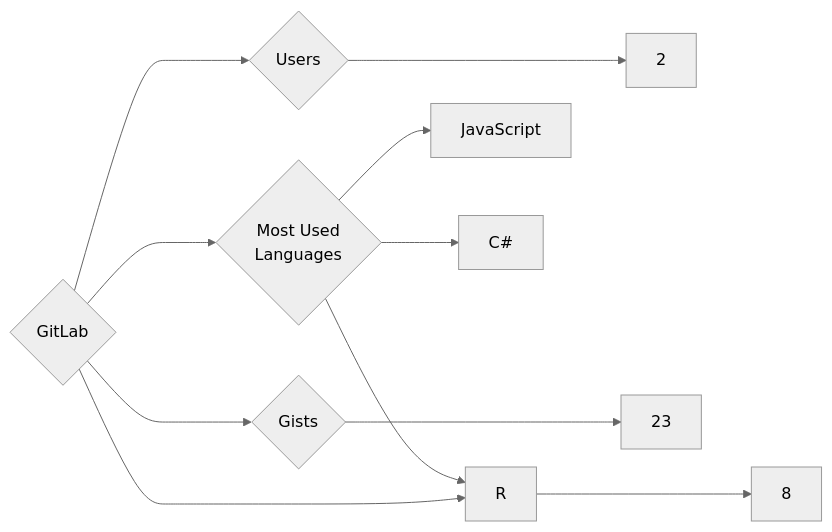
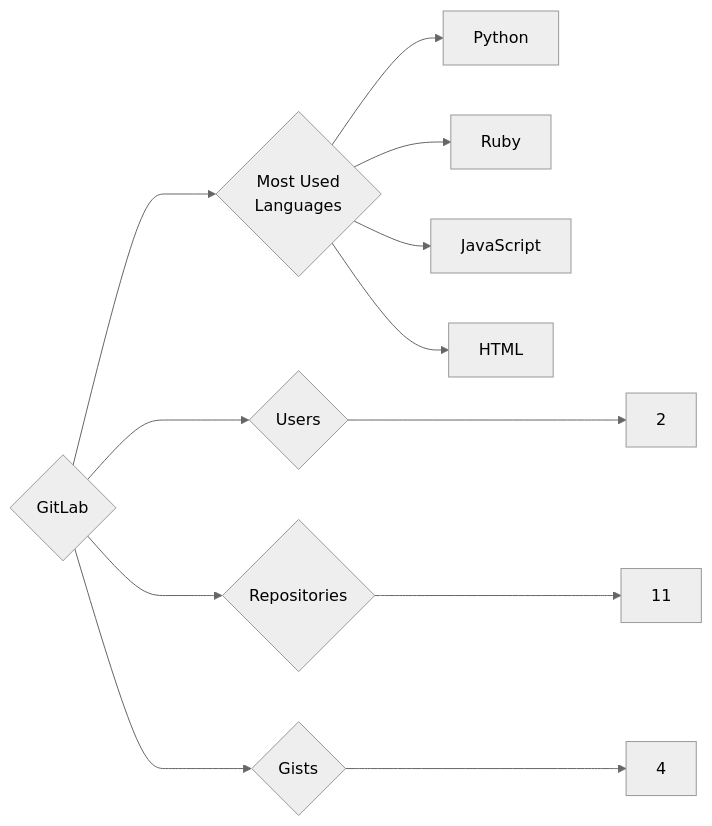
The diagram in targets/GitLab/README.md (trickest/insiders), drawn with Mermaid (neutral theme) before and after one commit. The commit also changed 679 other files, not shown here.

````diff
--- a/targets/GitLab/README.md
+++ b/targets/GitLab/README.md
@@ -3,11 +3,12 @@
 ```mermaid
 graph LR
 COMPANY_NAME{GitLab}
 COMPANY_NAME ---> U{Users} ---> UN[2]
-COMPANY_NAME ---> R{Repositories} ---> RN[8]
-COMPANY_NAME ---> G{Gists} ---> GN[23]
+COMPANY_NAME ---> R{Repositories} ---> RN[11]
+COMPANY_NAME ---> G{Gists} ---> GN[4]
 COMPANY_NAME ---> ML{Most Used<br>Languages}
+ML --> Python[Python]
+ML --> Ruby[Ruby]
 ML --> JavaScript[JavaScript]
-ML --> R[R]
-ML --> C#[C#]
+ML --> HTML[HTML]
 ```
````
